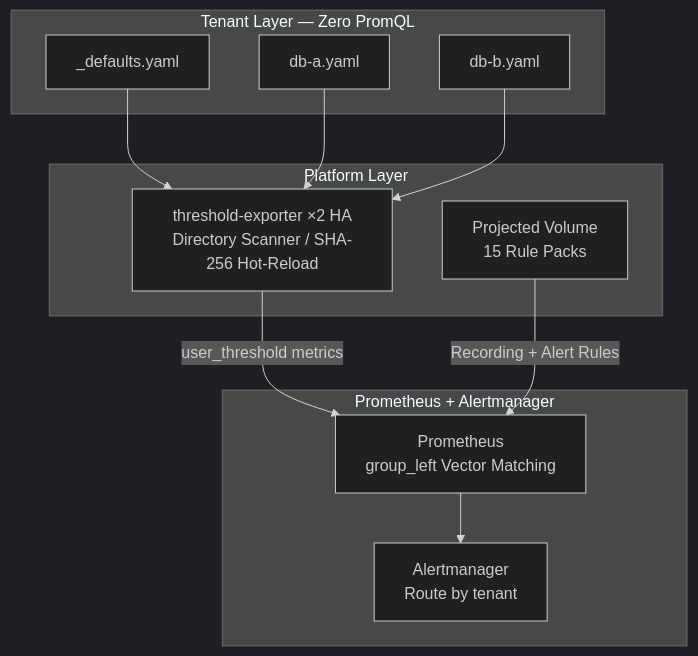
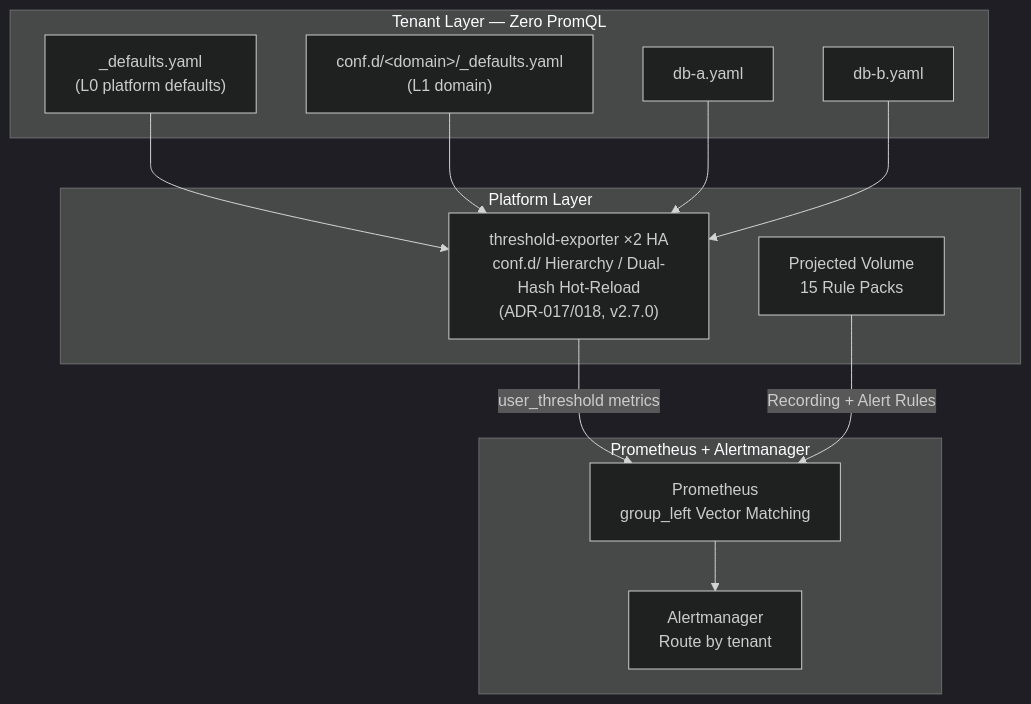
Before and after one commit to vencil/Dynamic-Alerting-Integrations: the diagram in README.en.md, drawn with Mermaid (dark theme). The commit also changed other lines of this file and 446 other files, not shown here.

````diff
--- a/README.en.md
+++ b/README.en.md
@@ -35,25 +35,27 @@
 ```mermaid
 graph TD
     subgraph TL["Tenant Layer — Zero PromQL"]
-        D["_defaults.yaml"]
+        D["_defaults.yaml<br/>(L0 platform defaults)"]
+        DOM["conf.d/&lt;domain&gt;/_defaults.yaml<br/>(L1 domain)"]
         T1["db-a.yaml"]
         T2["db-b.yaml"]
     end
 
     subgraph PL["Platform Layer"]
-        TE["threshold-exporter ×2 HA<br/>Directory Scanner / SHA-256 Hot-Reload"]
+        TE["threshold-exporter ×2 HA<br/>conf.d/ Hierarchy / Dual-Hash Hot-Reload<br/>(ADR-017/018, v2.7.0)"]
         RP["Projected Volume<br/>15 Rule Packs"]
     end
 
     subgraph PE["Prometheus + Alertmanager"]
         PROM["Prometheus<br/>group_left Vector Matching"]
         AM["Alertmanager<br/>Route by tenant"]
     end
 
     D --> TE
+    DOM --> TE
     T1 --> TE
     T2 --> TE
     TE -->|user_threshold metrics| PROM
     RP -->|Recording + Alert Rules| PROM
     PROM --> AM
 ```
````
